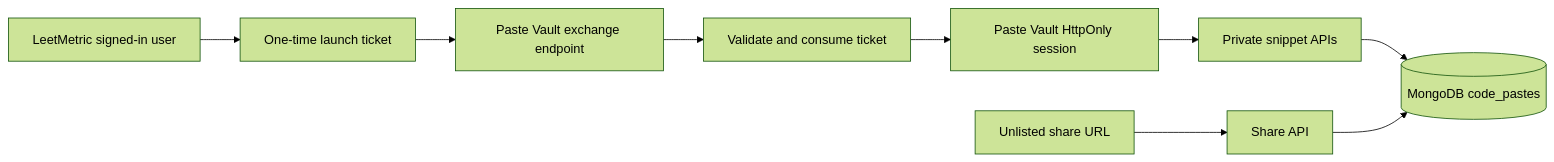
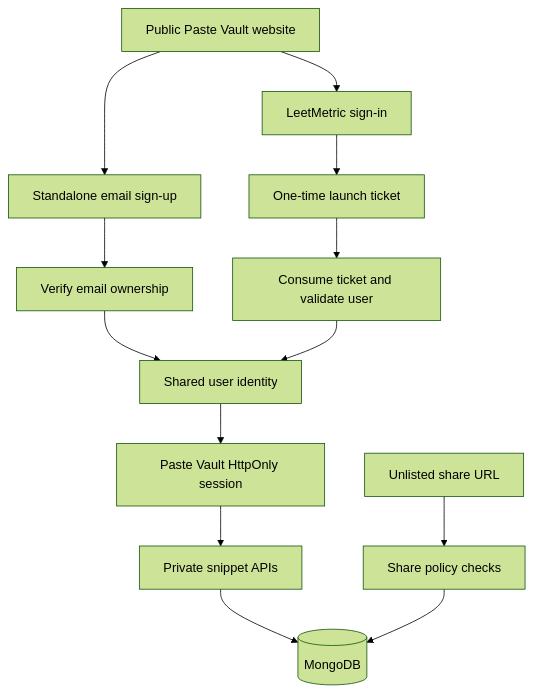
One commit to naitik2043/Paste-App changed the diagram in README.md. Above: the diagram before and after it, drawn with Mermaid (forest theme). The commit also changed other lines of this file, not shown here.

Commit message:
docs: update product, auth, architecture and setup documentation

````diff
--- a/README.md
+++ b/README.md
@@ -69,11 +114,15 @@
 ```mermaid
-flowchart LR
-    A[LeetMetric signed-in user] --> B[One-time launch ticket]
-    B --> C[Paste Vault exchange endpoint]
-    C --> D[Validate and consume ticket]
-    D --> E[Paste Vault HttpOnly session]
-    E --> F[Private snippet APIs]
-    F --> G[(MongoDB code_pastes)]
-    H[Unlisted share URL] --> I[Share API]
-    I --> G
+flowchart TD
+    A[Public Paste Vault website] --> B[Standalone email sign-up]
+    A --> C[LeetMetric sign-in]
+    B --> D[Verify email ownership]
+    D --> E[Shared user identity]
+    C --> F[One-time launch ticket]
+    F --> G[Consume ticket and validate user]
+    G --> E
+    E --> H[Paste Vault HttpOnly session]
+    H --> I[Private snippet APIs]
+    I --> J[(MongoDB)]
+    K[Unlisted share URL] --> L[Share policy checks]
+    L --> J
 ```
````
